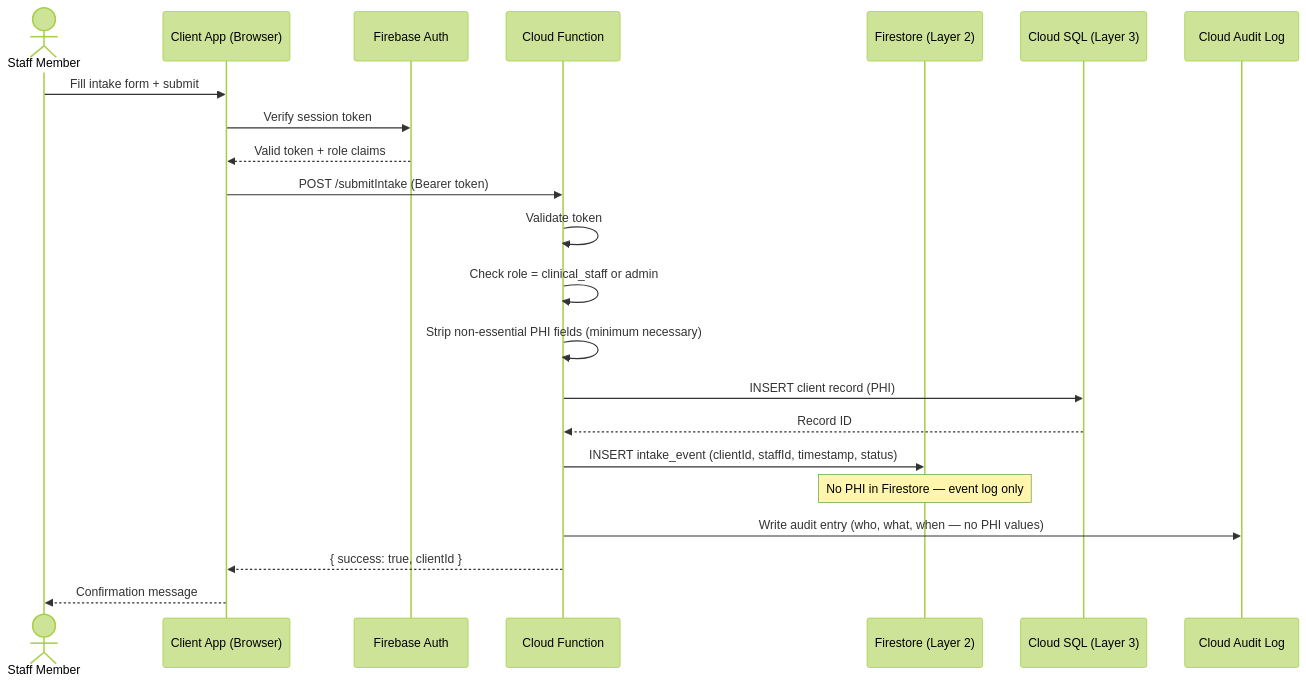
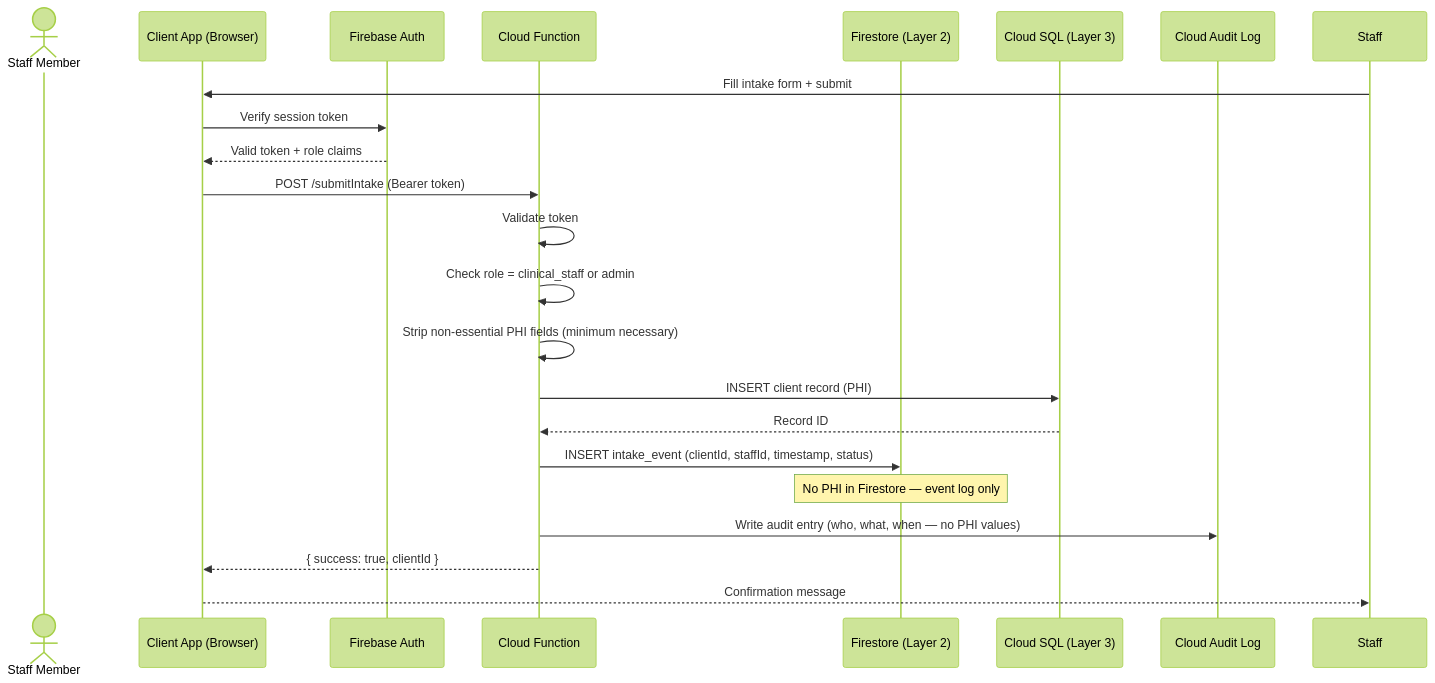
One commit to DCodeBase-X/hipaa-firebase-gcp changed the second of 2 diagrams in docs/02-three-layer-architecture.md. Above: the diagram before and after it, drawn with Mermaid (forest theme). The commit also changed other lines of this file and 24 other files, not shown here.

````diff
--- a/docs/02-three-layer-architecture.md
+++ b/docs/02-three-layer-architecture.md
@@ -113,29 +113,29 @@
 ```mermaid
 sequenceDiagram
-    actor Staff as Staff Member
+    actor Staff Member
     participant App as Client App (Browser)
     participant Auth as Firebase Auth
     participant CF as Cloud Function
     participant FS as Firestore (Layer 2)
     participant SQL as Cloud SQL (Layer 3)
     participant Log as Cloud Audit Log
 
     Staff->>App: Fill intake form + submit
     App->>Auth: Verify session token
     Auth-->>App: Valid token + role claims
 
     App->>CF: POST /submitIntake (Bearer token)
     CF->>CF: Validate token
     CF->>CF: Check role = clinical_staff or admin
     CF->>CF: Strip non-essential PHI fields (minimum necessary)
 
     CF->>SQL: INSERT client record (PHI)
     SQL-->>CF: Record ID
 
     CF->>FS: INSERT intake_event (clientId, staffId, timestamp, status)
     Note over FS: No PHI in Firestore — event log only
 
     CF->>Log: Write audit entry (who, what, when — no PHI values)
     CF-->>App: { success: true, clientId }
     App-->>Staff: Confirmation message
 ```
````
